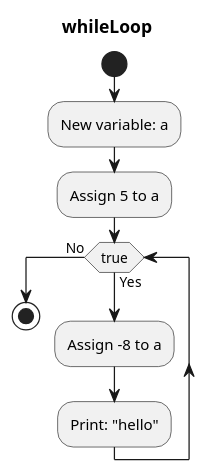
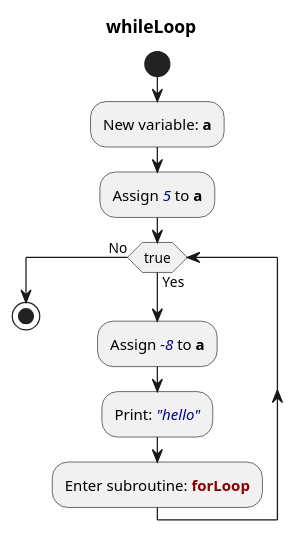
The third of 3 diagrams in Java-documentator/Documentation/Method_whileLoop_diagram.puml (afmoyar/Java-Documentator), drawn with PlantUML before and after one commit. The commit also changed other lines of this file and 9 other files, not shown here.

```diff
--- a/Java-documentator/Documentation/Method_whileLoop_diagram.puml
+++ b/Java-documentator/Documentation/Method_whileLoop_diagram.puml
@@ -31,11 +31,12 @@
 @startuml
 title whileLoop
 start
-:New variable: a;
-:Assign 5 to a;
+:New variable: <b>a</b>;
+:Assign <color:darkblue><i>5</i></color> to <b>a</b>;
 while (true) is (Yes)
-:Assign -8 to a;
-:Print: "hello";
+:Assign <color:darkblue><i>-8</i></color> to <b>a</b>;
+:Print: <color:darkblue><i>"hello"</i></color>;
+:Enter subroutine: <color:darkred><b>forLoop</b></color>;
 endwhile (No)
 stop
 @enduml
```
